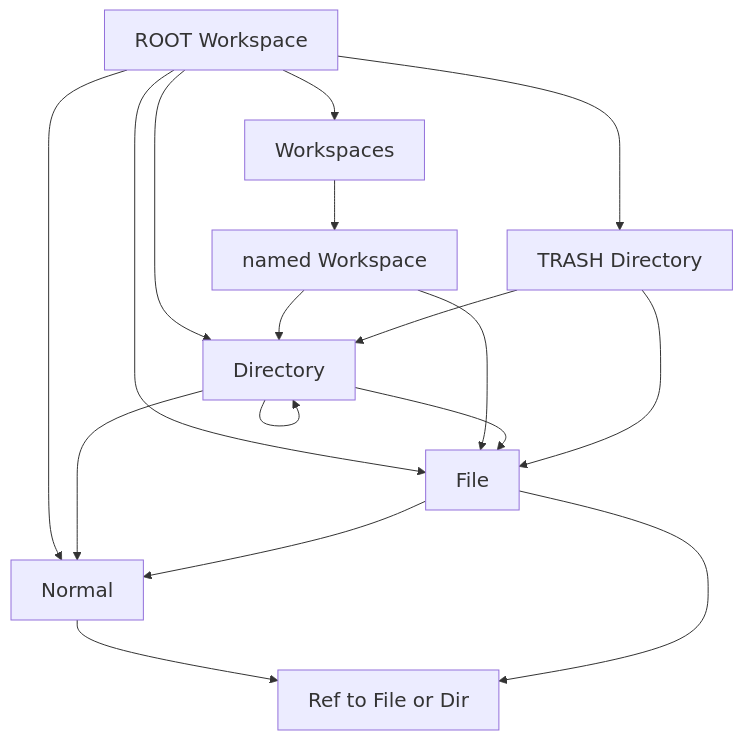
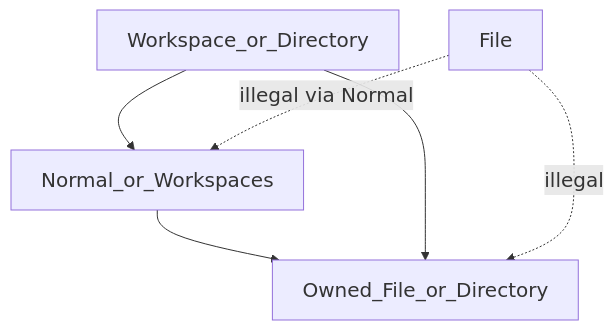
Before and after one commit to abaljeu/ambit: the diagram in doc/roadmap/workspace-file-directory-placement.md, drawn with Mermaid. The commit also changed other lines of this file and 13 other files, not shown here.

````diff
--- a/doc/roadmap/workspace-file-directory-placement.md
+++ b/doc/roadmap/workspace-file-directory-placement.md
@@ -44,28 +50,13 @@
 ```mermaid
 %%{init: {'themeVariables': {'fontSize': '20px'}}}%%
 flowchart TD
-  root[ROOT Workspace]
-  wsc[Workspaces]
-  trash[TRASH Directory]
-  ws[named Workspace]
-  dir[Directory]
+  ws[Workspace_or_Directory]
+  normal[Normal_or_Workspaces]
   file[File]
-  normal[Normal]
-  refNode[Ref to File or Dir]
-  root --> wsc
-  root --> trash
-  root --> dir
-  root --> file
-  root --> normal
-  wsc --> ws
-  ws --> dir
-  ws --> file
-  dir --> dir
-  dir --> file
-  dir --> normal
-  trash --> dir
-  trash --> file
-  file --> normal
-  normal --> refNode
-  file --> refNode
+  special[Owned_File_or_Directory]
+  ws --> normal
+  normal --> special
+  ws --> special
+  file -.->|illegal| special
+  file -.->|illegal via Normal| normal
 ```
````
